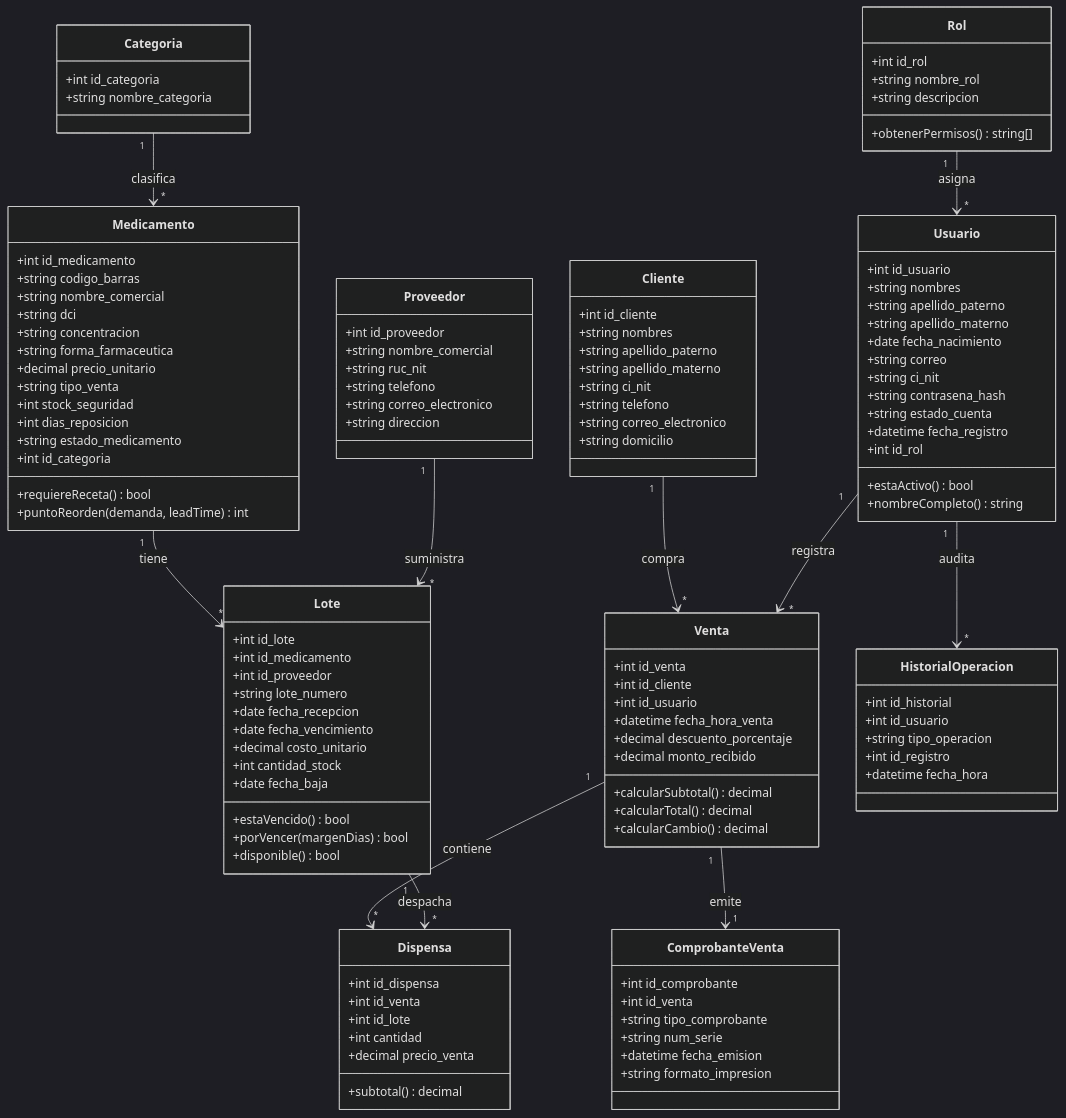
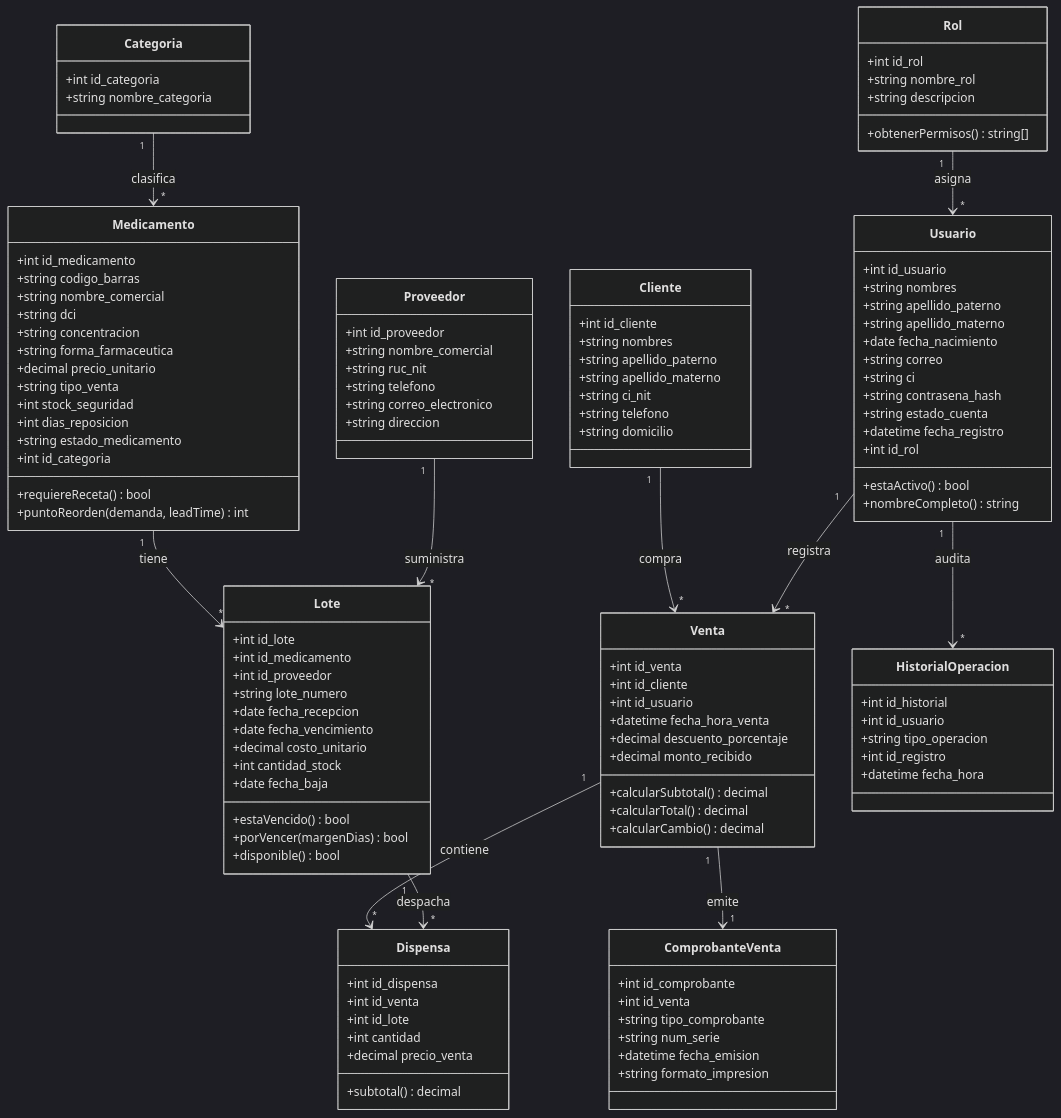
Before and after one commit to T-T-MoY/Software-de-Control-de-Inventario-y-Ventas-para-Farmacias: the second of 2 diagrams in docs/MODELO-DATOS.md, drawn with Mermaid (dark theme). The commit also changed other lines of this file and 12 other files, not shown here.

```diff
--- a/docs/MODELO-DATOS.md
+++ b/docs/MODELO-DATOS.md
@@ -169,7 +168,7 @@
         +string apellido_materno
         +date fecha_nacimiento
         +string correo
-        +string ci_nit
+        +string ci
         +string contrasena_hash
         +string estado_cuenta
         +datetime fecha_registro
@@ -231,7 +230,6 @@
         +string apellido_materno
         +string ci_nit
         +string telefono
-        +string correo_electronico
         +string domicilio
     }
 
```
